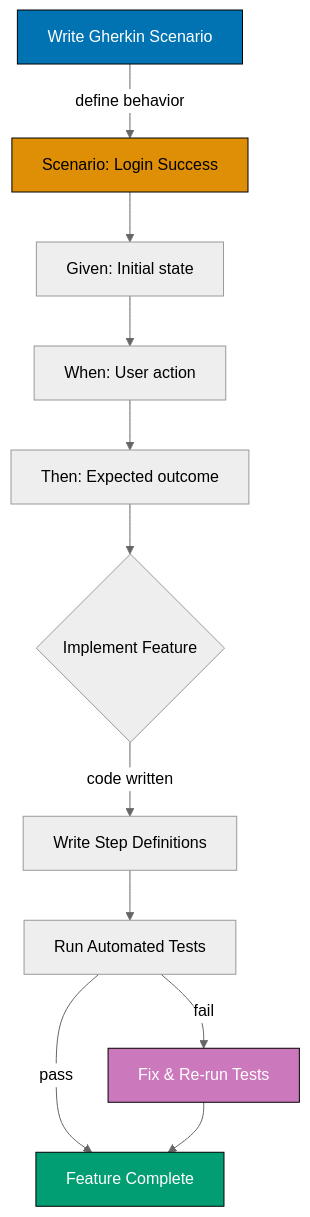
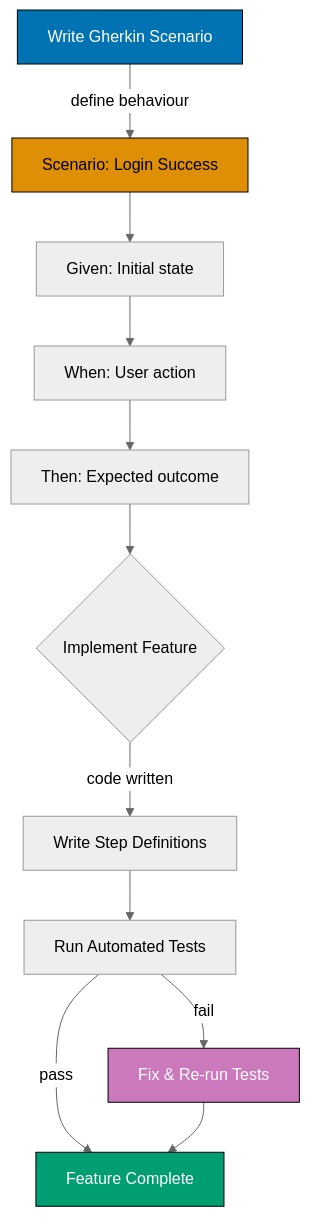
One commit to wahidyankf/open-sharia-fintech changed the diagram in repo-governance/development/infra/acceptance-criteria/mermaid-diagram-related-conventions-and-summary.md. Above: the diagram before and after it, drawn with Mermaid (neutral theme). The commit also changed other lines of this file and 2403 other files, not shown here.

````diff
--- a/repo-governance/development/infra/acceptance-criteria/mermaid-diagram-related-conventions-and-summary.md
+++ b/repo-governance/development/infra/acceptance-criteria/mermaid-diagram-related-conventions-and-summary.md
@@ -21,18 +21,18 @@
 ```mermaid
 graph TD
- A[Write Gherkin Scenario] -- define behavior --> B[Scenario: Login Success]
+ A[Write Gherkin Scenario] -- define behaviour --> B[Scenario: Login Success]
  B --> C[Given: Initial state]
  C --> D[When: User action]
  D --> E[Then: Expected outcome]
  E --> F{Implement Feature}
  F -- code written --> G[Write Step Definitions]
  G --> H[Run Automated Tests]
  H -- pass --> I[Feature Complete]
  H -- fail --> J[Fix & Re-run Tests]
  J --> I
 
  style A fill:#0173B2,stroke:#000,color:#fff
  style B fill:#DE8F05,stroke:#000,color:#000
  style I fill:#029E73,stroke:#000,color:#fff
  style J fill:#CC78BC,stroke:#000,color:#fff
 ```
````
